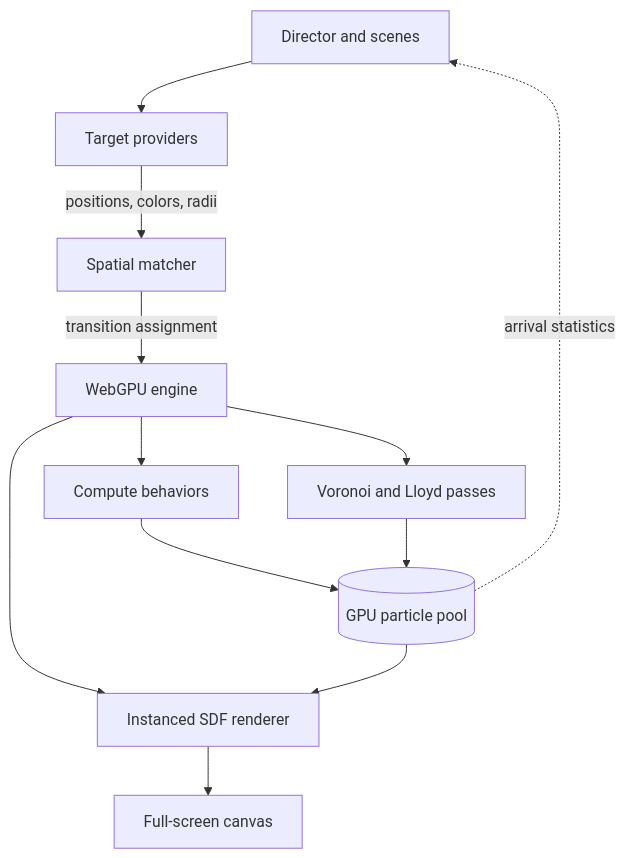
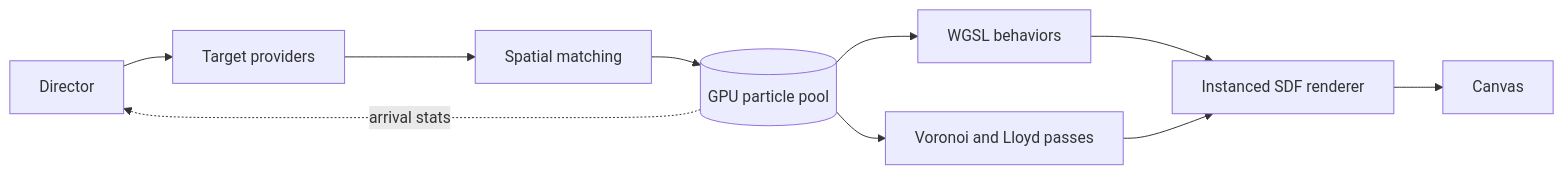
Before and after one commit to fbonc/fbonc.com: the diagram in README.md, drawn with Mermaid. The commit also changed other lines of this file, not shown here.

````diff
--- a/README.md
+++ b/README.md
@@ -15,14 +13,12 @@
 ```mermaid
-flowchart TB
-    D[Director and scenes] --> P[Target providers]
-    P -->|positions, colors, radii| M[Spatial matcher]
-    M -->|transition assignment| E[WebGPU engine]
-    E --> B[Compute behaviors]
-    E --> L[Voronoi and Lloyd passes]
-    E --> R[Instanced SDF renderer]
-    B --> G[(GPU particle pool)]
-    L --> G
-    G --> R
-    R --> C[Full-screen canvas]
-    G -. arrival statistics .-> D
+flowchart LR
+    D[Director] --> T[Target providers]
+    T --> M[Spatial matching]
+    M --> P[(GPU particle pool)]
+    P --> B[WGSL behaviors]
+    P --> L[Voronoi and Lloyd passes]
+    B --> R[Instanced SDF renderer]
+    L --> R
+    R --> C[Canvas]
+    P -. arrival stats .-> D
 ```
````
